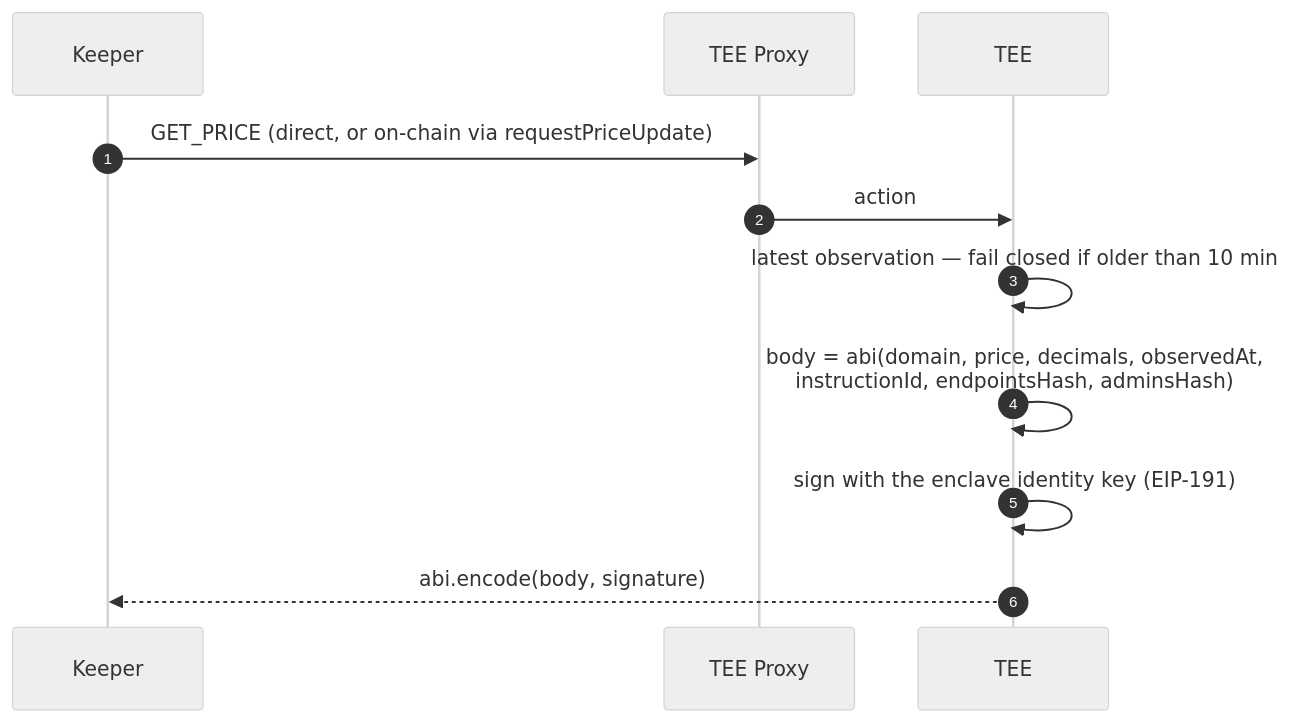
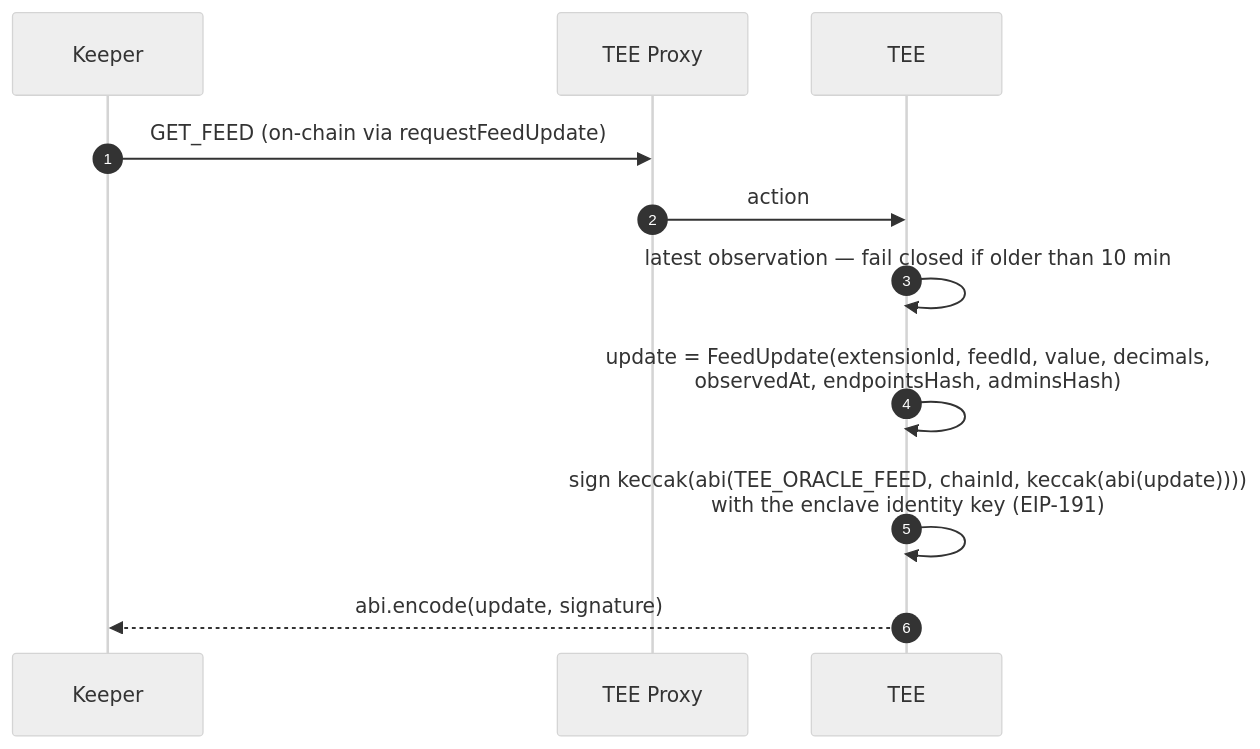
One commit to flare-foundation/fce-usdx-oracle changed the third of 4 diagrams in README.md. Above: the diagram before and after it, drawn with Mermaid (neutral theme). The commit also changed other lines of this file and 70 other files, not shown here.

First line of the commit message:
Resync the docs with the upstream deployment flow

````diff
--- a/README.md
+++ b/README.md
@@ -140,13 +147,13 @@
 ```mermaid
 sequenceDiagram
   autonumber
   participant K as Keeper
   participant P as TEE Proxy
   participant T as TEE
-  K->>P: GET_PRICE (direct, or on-chain via requestPriceUpdate)
+  K->>P: GET_FEED (on-chain via requestFeedUpdate)
   P->>T: action
   T->>T: latest observation — fail closed if older than 10 min
-  T->>T: body = abi(domain, price, decimals, observedAt,<br/>instructionId, endpointsHash, adminsHash)
-  T->>T: sign with the enclave identity key (EIP-191)
-  T-->>K: abi.encode(body, signature)
+  T->>T: update = FeedUpdate(extensionId, feedId, value, decimals,<br/>observedAt, endpointsHash, adminsHash)
+  T->>T: sign keccak(abi(TEE_ORACLE_FEED, chainId, keccak(abi(update))))<br/>with the enclave identity key (EIP-191)
+  T-->>K: abi.encode(update, signature)
 ```
````
